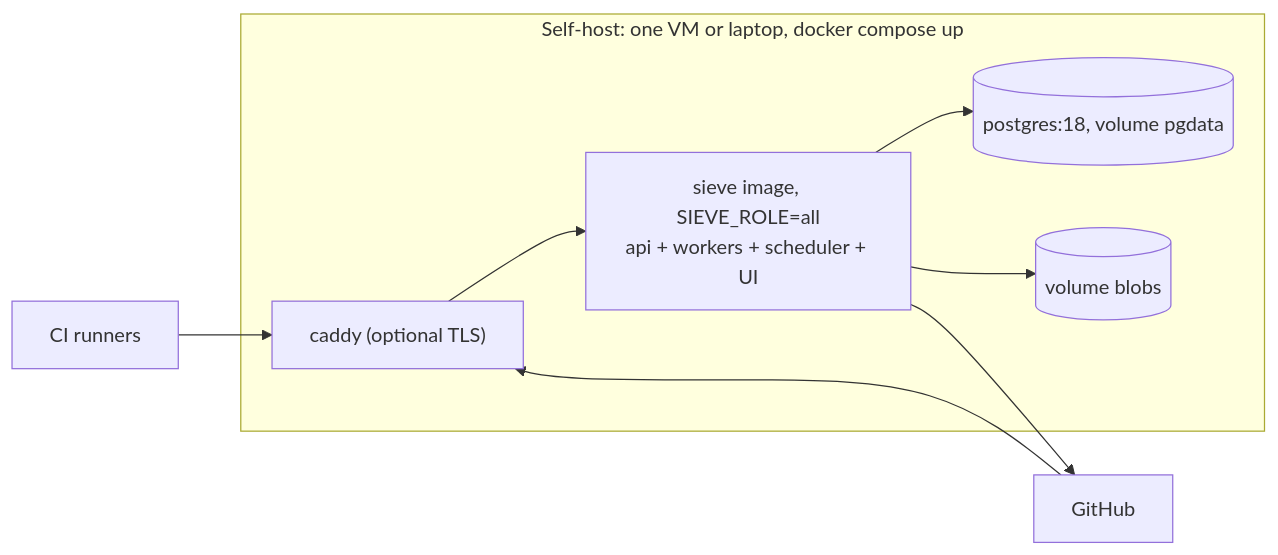
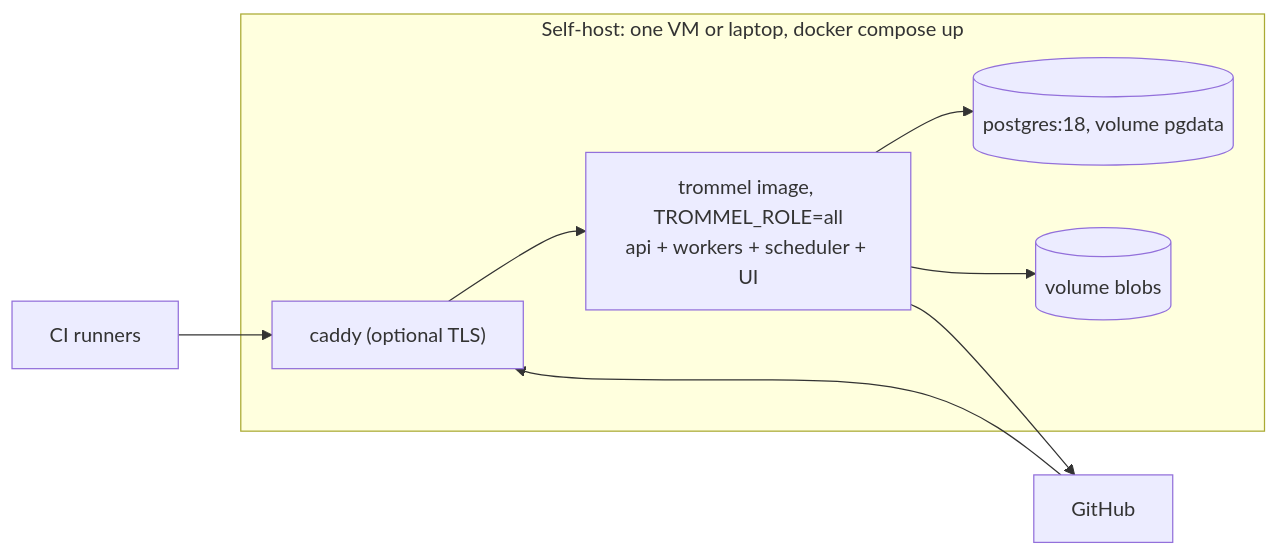
Before and after one commit to ojassug/sieve: the ninth of 10 diagrams in docs/architecture.md, drawn with Mermaid. The commit also changed other lines of this file and 82 other files, not shown here.

First line of the commit message:
refactor: rename SIEVE to Trommel (DECISIONS 30)

````diff
--- a/docs/architecture.md
+++ b/docs/architecture.md
@@ -312,17 +312,17 @@
 ```mermaid
 flowchart LR
   subgraph HOST["Self-host: one VM or laptop, docker compose up"]
     caddy["caddy (optional TLS)"]
-    app["sieve image, SIEVE_ROLE=all<br/>api + workers + scheduler + UI"]
+    app["trommel image, TROMMEL_ROLE=all<br/>api + workers + scheduler + UI"]
     db[("postgres:18, volume pgdata")]
     vol[("volume blobs")]
   end
   ghs["GitHub"]
   ci["CI runners"]
   ghs --> caddy
   ci --> caddy
   caddy --> app
   app --> db
   app --> vol
   app --> ghs
 ```
````
